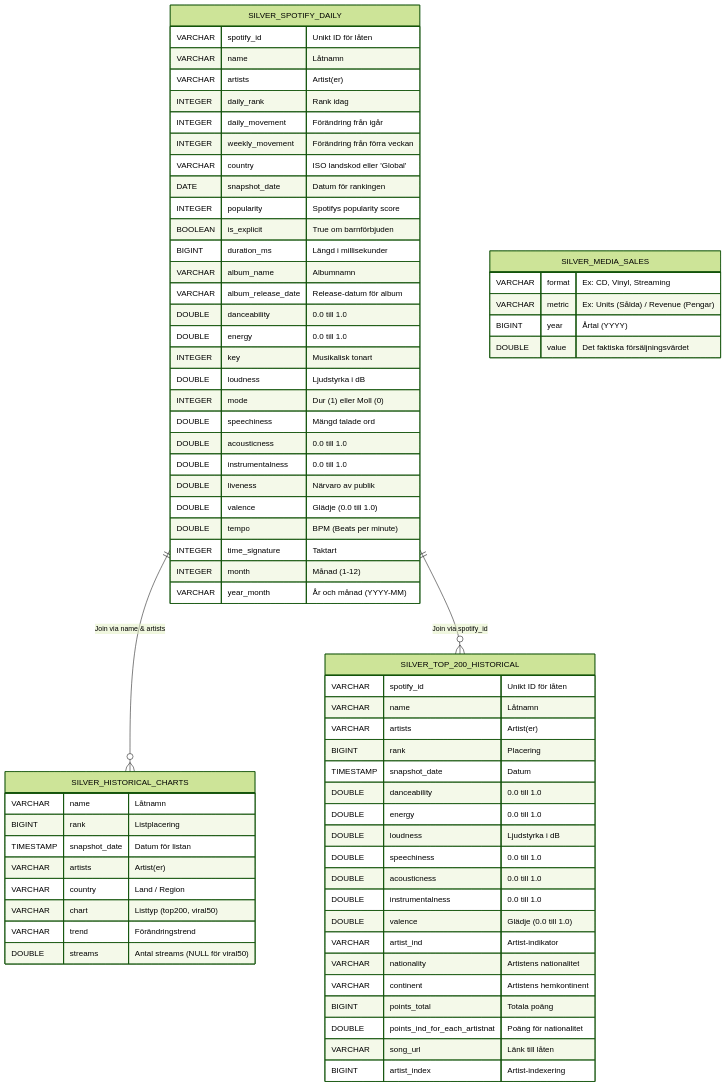
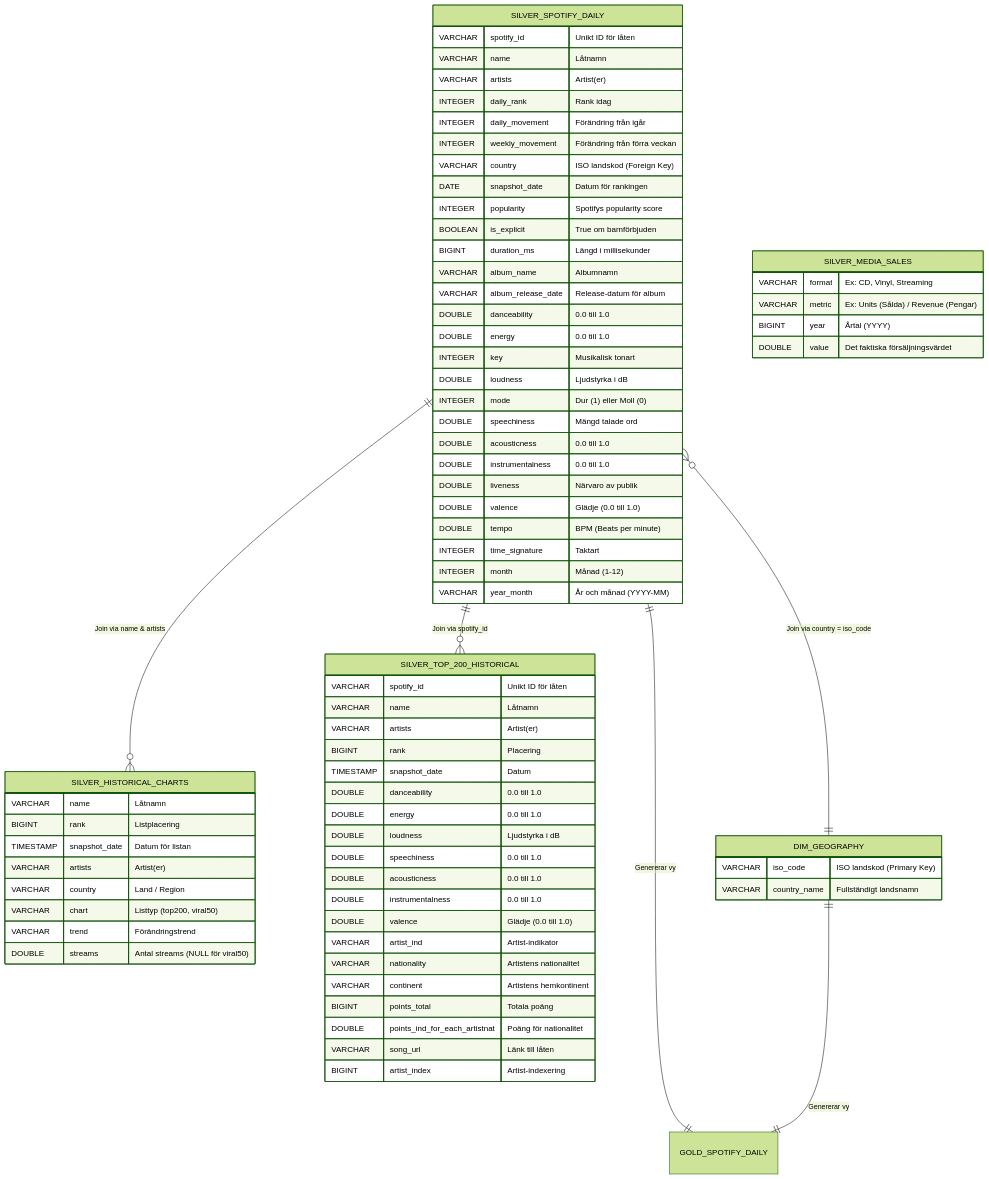
Before and after one commit to JohnnyHyytiainen/DEUX2025_music_project: the diagram in docs/modeling/database_complete_ERD.mmd, drawn with Mermaid (forest theme). The commit also changed 1 other file, not shown here.

Commit message:
docs(ERD): updated repos ERD with .mmd script and .png picture to properly display dim_table and VIEW table to bypass annoying joins when dashboarding

```diff
--- a/docs/modeling/database_complete_ERD.mmd
+++ b/docs/modeling/database_complete_ERD.mmd
@@ -1,77 +1,88 @@
 erDiagram
-    %% Relationer (Hur tabellerna pratar med varandra)
+    %% Relationer
     SILVER_SPOTIFY_DAILY ||--o{ SILVER_HISTORICAL_CHARTS : "Join via name & artists"
     SILVER_SPOTIFY_DAILY ||--o{ SILVER_TOP_200_HISTORICAL : "Join via spotify_id"
-    
-    %% Notera: MEDIA_SALES är en "friflygande" dimensionstabell aggregerad på År, 
-    %% så den har ingen direkt tvingande Foreign Key mot en specifik låt.
+    SILVER_SPOTIFY_DAILY }o--|| DIM_GEOGRAPHY : "Join via country = iso_code"
+
+    %% Fysiska Tabeller
+    DIM_GEOGRAPHY {
+        VARCHAR iso_code "ISO landskod (Primary Key)"
+        VARCHAR country_name "Fullständigt landsnamn"
+    }
 
     SILVER_SPOTIFY_DAILY {
         VARCHAR spotify_id "Unikt ID för låten"
         VARCHAR name "Låtnamn"
         VARCHAR artists "Artist(er)"
         INTEGER daily_rank "Rank idag"
         INTEGER daily_movement "Förändring från igår"
         INTEGER weekly_movement "Förändring från förra veckan"
-        VARCHAR country "ISO landskod eller 'Global'"
+        VARCHAR country "ISO landskod (Foreign Key)"
         DATE snapshot_date "Datum för rankingen"
         INTEGER popularity "Spotifys popularity score"
         BOOLEAN is_explicit "True om barnförbjuden"
         BIGINT duration_ms "Längd i millisekunder"
         VARCHAR album_name "Albumnamn"
         VARCHAR album_release_date "Release-datum för album"
         DOUBLE danceability "0.0 till 1.0"
         DOUBLE energy "0.0 till 1.0"
         INTEGER key "Musikalisk tonart"
         DOUBLE loudness "Ljudstyrka i dB"
         INTEGER mode "Dur (1) eller Moll (0)"
         DOUBLE speechiness "Mängd talade ord"
         DOUBLE acousticness "0.0 till 1.0"
         DOUBLE instrumentalness "0.0 till 1.0"
         DOUBLE liveness "Närvaro av publik"
         DOUBLE valence "Glädje (0.0 till 1.0)"
         DOUBLE tempo "BPM (Beats per minute)"
         INTEGER time_signature "Taktart"
         INTEGER month "Månad (1-12)"
         VARCHAR year_month "År och månad (YYYY-MM)"
     }
 
     SILVER_HISTORICAL_CHARTS {
         VARCHAR name "Låtnamn"
         BIGINT rank "Listplacering"
         TIMESTAMP snapshot_date "Datum för listan"
         VARCHAR artists "Artist(er)"
         VARCHAR country "Land / Region"
         VARCHAR chart "Listtyp (top200, viral50)"
         VARCHAR trend "Förändringstrend"
         DOUBLE streams "Antal streams (NULL för viral50)"
     }
 
     SILVER_TOP_200_HISTORICAL {
         VARCHAR spotify_id "Unikt ID för låten"
         VARCHAR name "Låtnamn"
         VARCHAR artists "Artist(er)"
         BIGINT rank "Placering"
         TIMESTAMP snapshot_date "Datum"
         DOUBLE danceability "0.0 till 1.0"
         DOUBLE energy "0.0 till 1.0"
         DOUBLE loudness "Ljudstyrka i dB"
         DOUBLE speechiness "0.0 till 1.0"
         DOUBLE acousticness "0.0 till 1.0"
         DOUBLE instrumentalness "0.0 till 1.0"
         DOUBLE valence "Glädje (0.0 till 1.0)"
         VARCHAR artist_ind "Artist-indikator"
         VARCHAR nationality "Artistens nationalitet"
         VARCHAR continent "Artistens hemkontinent"
         BIGINT points_total "Totala poäng"
         DOUBLE points_ind_for_each_artistnat "Poäng för nationalitet"
         VARCHAR song_url "Länk till låten"
         BIGINT artist_index "Artist-indexering"
     }
-
+    %% Notera: MEDIA_SALES är en "friflygande" dimensionstabell aggregerad på År, 
+    %% så den har ingen direkt tvingande Foreign Key mot en specifik låt.
     SILVER_MEDIA_SALES {
         VARCHAR format "Ex: CD, Vinyl, Streaming"
         VARCHAR metric "Ex: Units (Sålda) / Revenue (Pengar)"
         BIGINT year "Årtal (YYYY)"
         DOUBLE value "Det faktiska försäljningsvärdet"
     }
+
+    GOLD_SPOTIFY_DAILY
+
+    %% Vyn byggs från dessa två tabeller
+    SILVER_SPOTIFY_DAILY ||--|| GOLD_SPOTIFY_DAILY : "Genererar vy"
+    DIM_GEOGRAPHY ||--|| GOLD_SPOTIFY_DAILY : "Genererar vy"
```
